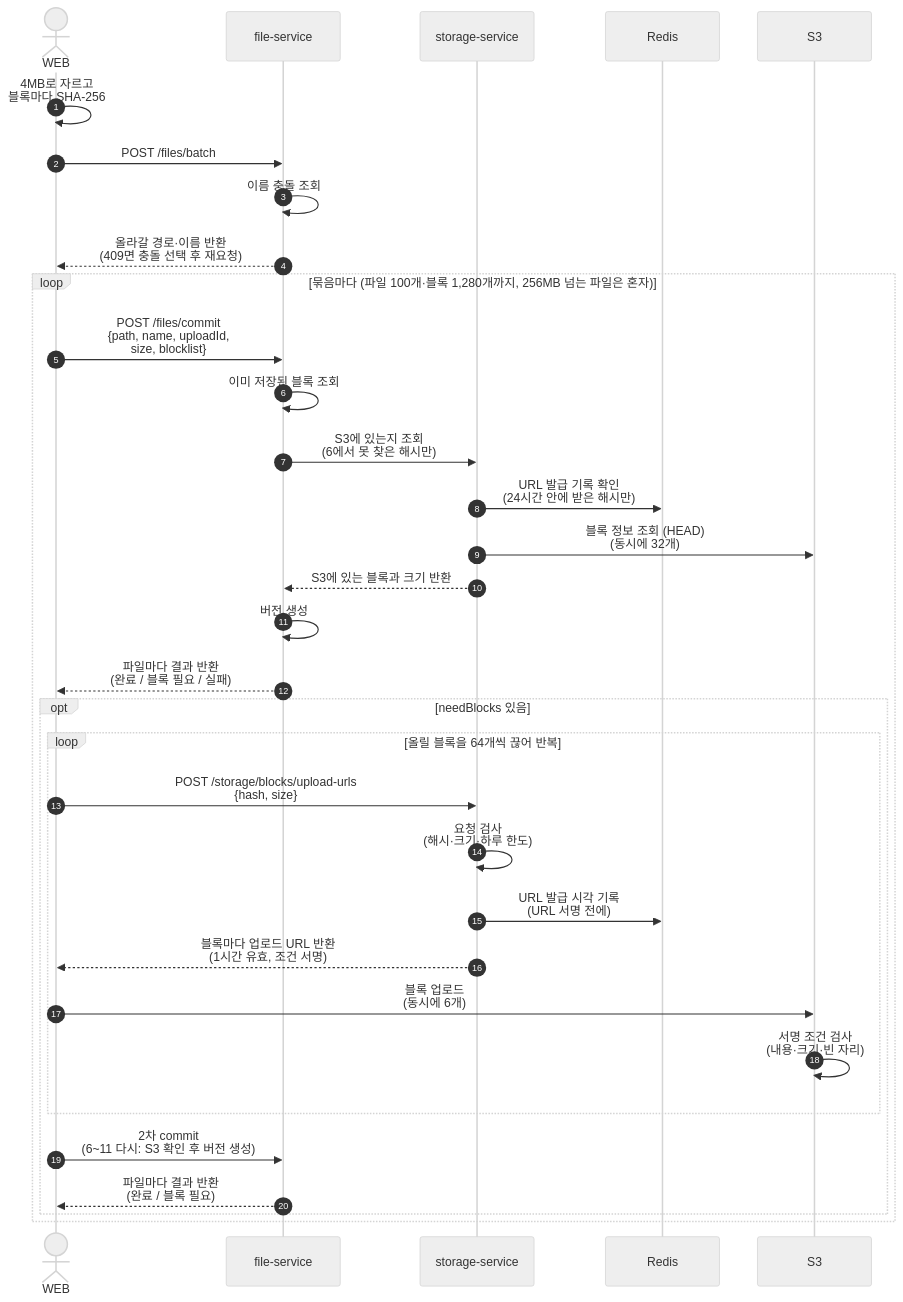
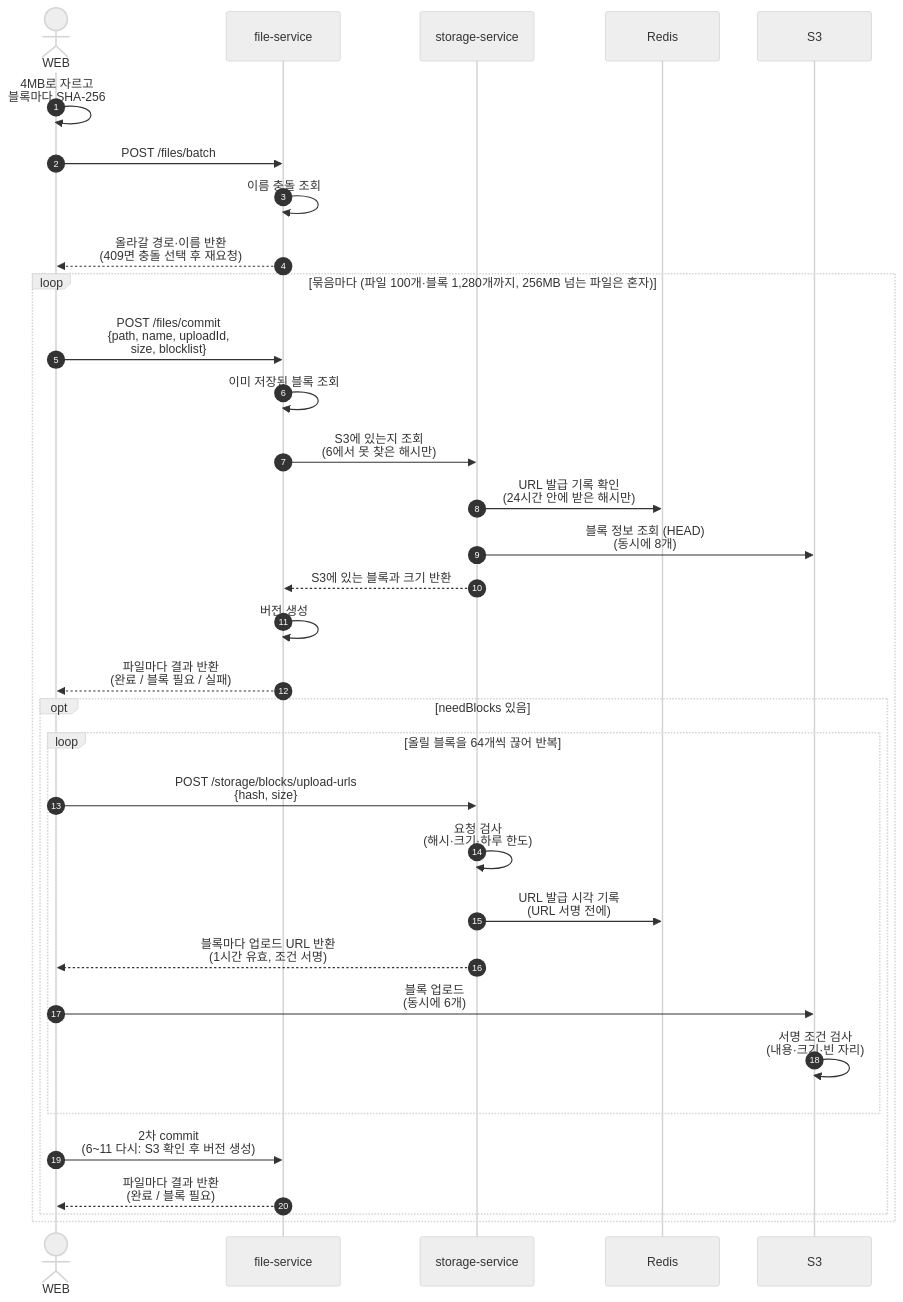
One commit to rivertw777/ModuDrive-API changed the first of 5 diagrams in .docs/spec/001-file-upload-spec.md. Above: the diagram before and after it, drawn with Mermaid (neutral theme). The commit also changed other lines of this file and 2 other files, not shown here.

First line of the commit message:
refactor(storage): revert the S3 HEAD lookup to 8 at a time (#683)

````diff
--- a/.docs/spec/001-file-upload-spec.md
+++ b/.docs/spec/001-file-upload-spec.md
@@ -45,38 +45,38 @@
 ```mermaid
 sequenceDiagram
     autonumber
     actor U as WEB
     participant F as file-service
     participant S as storage-service
     participant R as Redis
     participant S3 as S3
 
     U->>U: 4MB로 자르고<br/>블록마다 SHA-256
     U->>F: POST /files/batch
     F->>F: 이름 충돌 조회
     F-->>U: 올라갈 경로·이름 반환<br/>(409면 충돌 선택 후 재요청)
 
     loop 묶음마다 (파일 100개·블록 1,280개까지, 256MB 넘는 파일은 혼자)
         U->>F: POST /files/commit<br/>{path, name, uploadId,<br/>size, blocklist}
         F->>F: 이미 저장된 블록 조회
         F->>S: S3에 있는지 조회<br/>(6에서 못 찾은 해시만)
         S->>R: URL 발급 기록 확인<br/>(24시간 안에 받은 해시만)
-        S->>S3: 블록 정보 조회 (HEAD)<br/>(동시에 32개)
+        S->>S3: 블록 정보 조회 (HEAD)<br/>(동시에 8개)
         S-->>F: S3에 있는 블록과 크기 반환
         F->>F: 버전 생성
         F-->>U: 파일마다 결과 반환<br/>(완료 / 블록 필요 / 실패)
 
         opt needBlocks 있음
             loop 올릴 블록을 64개씩 끊어 반복
                 U->>S: POST /storage/blocks/upload-urls<br/>{hash, size}
                 S->>S: 요청 검사<br/>(해시·크기·하루 한도)
                 S->>R: URL 발급 시각 기록<br/>(URL 서명 전에)
                 S-->>U: 블록마다 업로드 URL 반환<br/>(1시간 유효, 조건 서명)
                 U->>S3: 블록 업로드<br/>(동시에 6개)
                 S3->>S3: 서명 조건 검사<br/>(내용·크기·빈 자리)
             end
             U->>F: 2차 commit<br/>(6~11 다시: S3 확인 후 버전 생성)
             F-->>U: 파일마다 결과 반환<br/>(완료 / 블록 필요)
         end
     end
 ```
````
